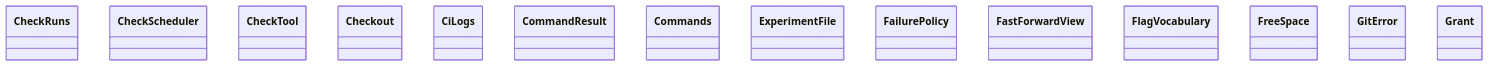
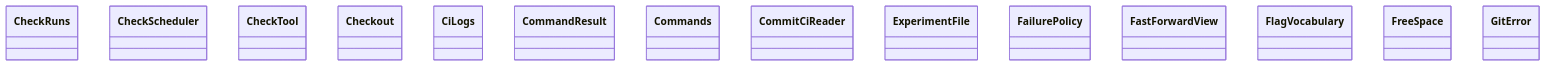
The diagram in docs/architecture/generated/classes-process-application-support-2.md (GonzaloZevallos/agentic-system), drawn with Mermaid before and after one commit. The commit also changed 11 other files, not shown here.

````diff
--- a/docs/architecture/generated/classes-process-application-support-2.md
+++ b/docs/architecture/generated/classes-process-application-support-2.md
@@ -19,17 +19,17 @@
 ```mermaid
 classDiagram
     class ports__CheckRuns["CheckRuns"]
     class ports__CheckScheduler["CheckScheduler"]
     class ports__CheckTool["CheckTool"]
     class ports__Checkout["Checkout"]
     class ports__CiLogs["CiLogs"]
     class ports__CommandResult["CommandResult"]
     class ports__Commands["Commands"]
+    class ports__CommitCiReader["CommitCiReader"]
     class ports__ExperimentFile["ExperimentFile"]
     class ports__FailurePolicy["FailurePolicy"]
     class ports__FastForwardView["FastForwardView"]
     class ports__FlagVocabulary["FlagVocabulary"]
     class ports__FreeSpace["FreeSpace"]
     class ports__GitError["GitError"]
-    class ports__Grant["Grant"]
 ```
````
